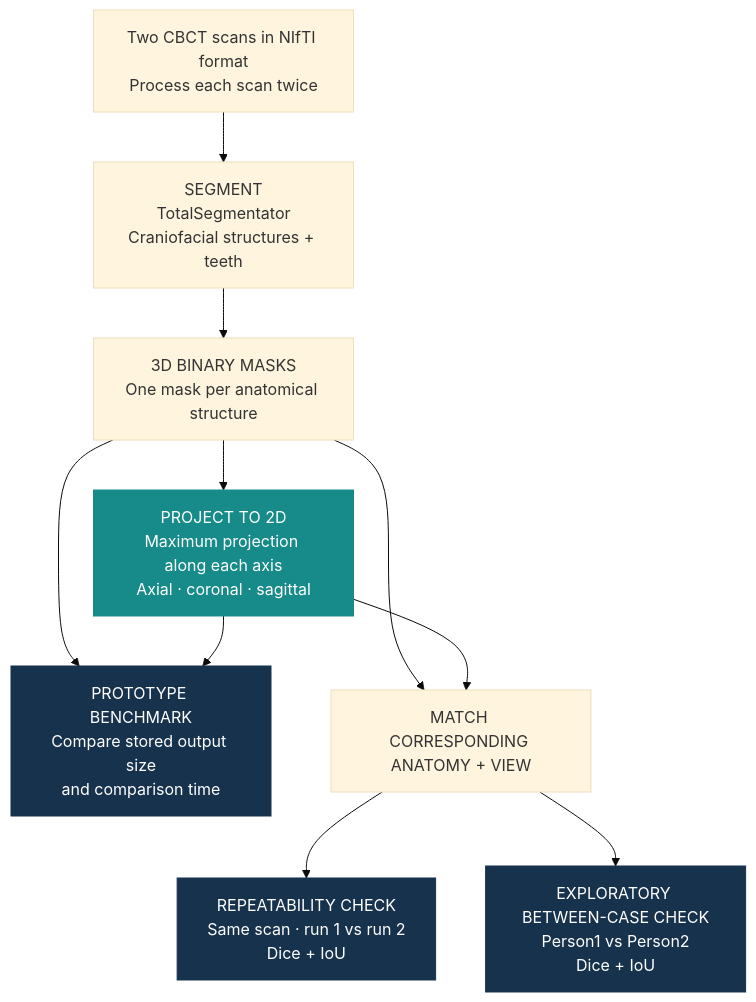
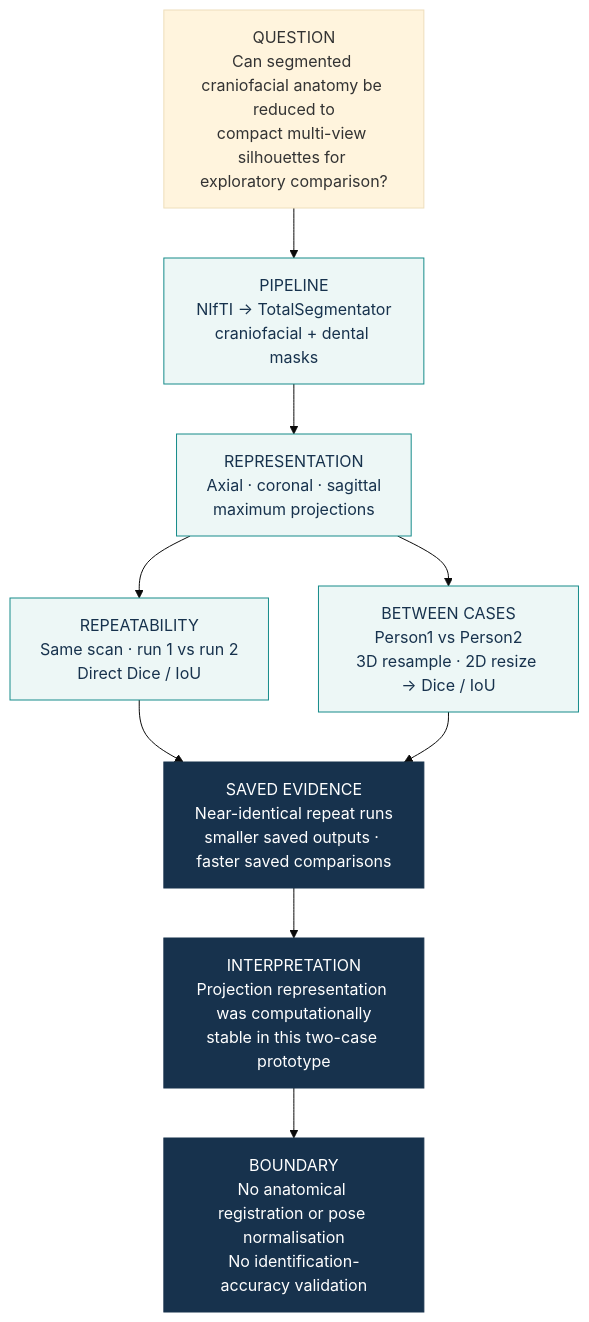
One commit to trungnb/3D-Craniofacial-Pipeline changed the diagram in README.md. Above: the diagram before and after it, drawn with Mermaid (base theme). The commit also changed other lines of this file, not shown here.

Commit message:
docs: align craniofacial workflow with code and evidence

````diff
--- a/README.md
+++ b/README.md
@@ -20,24 +20,20 @@
 ```mermaid
 flowchart TD
-    A["Two CBCT scans in NIfTI format<br/>Process each scan twice"] --> B["SEGMENT<br/>TotalSegmentator<br/>Craniofacial structures + teeth"]
+    A["QUESTION<br/>Can segmented craniofacial anatomy be reduced to<br/>compact multi-view silhouettes for exploratory comparison?"]
+    --> B["PIPELINE<br/>NIfTI → TotalSegmentator<br/>craniofacial + dental masks"]
+    --> C["REPRESENTATION<br/>Axial · coronal · sagittal<br/>maximum projections"]
 
-    B --> C["3D BINARY MASKS<br/>One mask per anatomical structure"]
+    C --> D1["REPEATABILITY<br/>Same scan · run 1 vs run 2<br/>Direct Dice / IoU"]
+    C --> D2["BETWEEN CASES<br/>Person1 vs Person2<br/>3D resample · 2D resize → Dice / IoU"]
 
-    C --> D["PROJECT TO 2D<br/>Maximum projection along each axis<br/>Axial · coronal · sagittal"]
+    D1 --> E["SAVED EVIDENCE<br/>Near-identical repeat runs<br/>smaller saved outputs · faster saved comparisons"]
+    D2 --> E
 
-    C --> E["PROTOTYPE BENCHMARK<br/>Compare stored output size<br/>and comparison time"]
-    D --> E
+    E --> F["INTERPRETATION<br/>Projection representation was computationally<br/>stable in this two-case prototype"]
+    F --> G["BOUNDARY<br/>No anatomical registration or pose normalisation<br/>No identification-accuracy validation"]
 
-    C --> F["MATCH CORRESPONDING ANATOMY + VIEW"]
-    D --> F
-
-    F --> G["REPEATABILITY CHECK<br/>Same scan · run 1 vs run 2<br/>Dice + IoU"]
-
-    F --> H["EXPLORATORY BETWEEN-CASE CHECK<br/>Person1 vs Person2<br/>Dice + IoU"]
-
-    classDef projection fill:#168B8A,stroke:#168B8A,color:#FFFFFF
-    classDef result fill:#17324D,stroke:#17324D,color:#FFFFFF
-
-    class D projection
-    class E,G,H result
+    classDef method fill:#EDF7F6,stroke:#168B8A,color:#17324D
+    classDef evidence fill:#17324D,stroke:#17324D,color:#FFFFFF
+    class B,C,D1,D2 method
+    class E,F,G evidence
 ```
````
